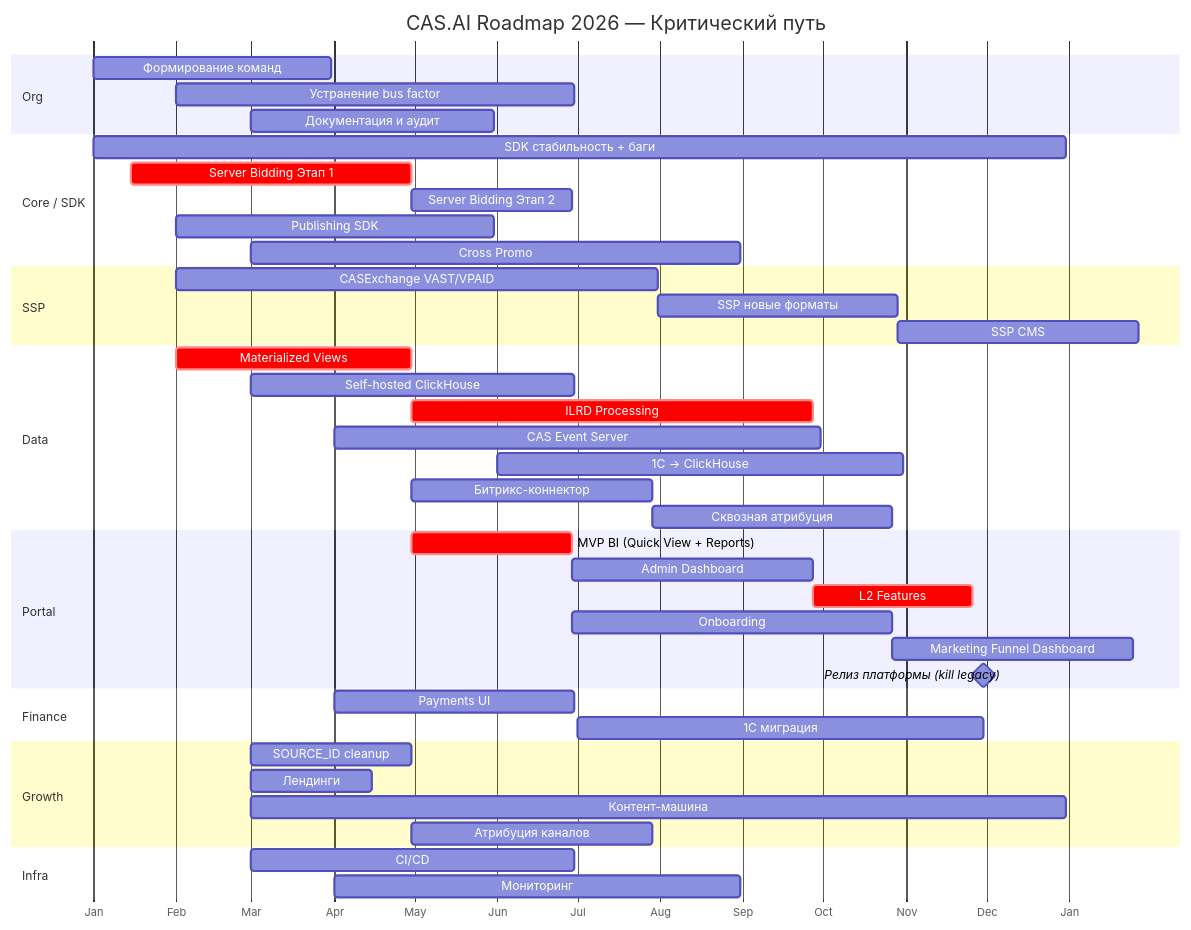
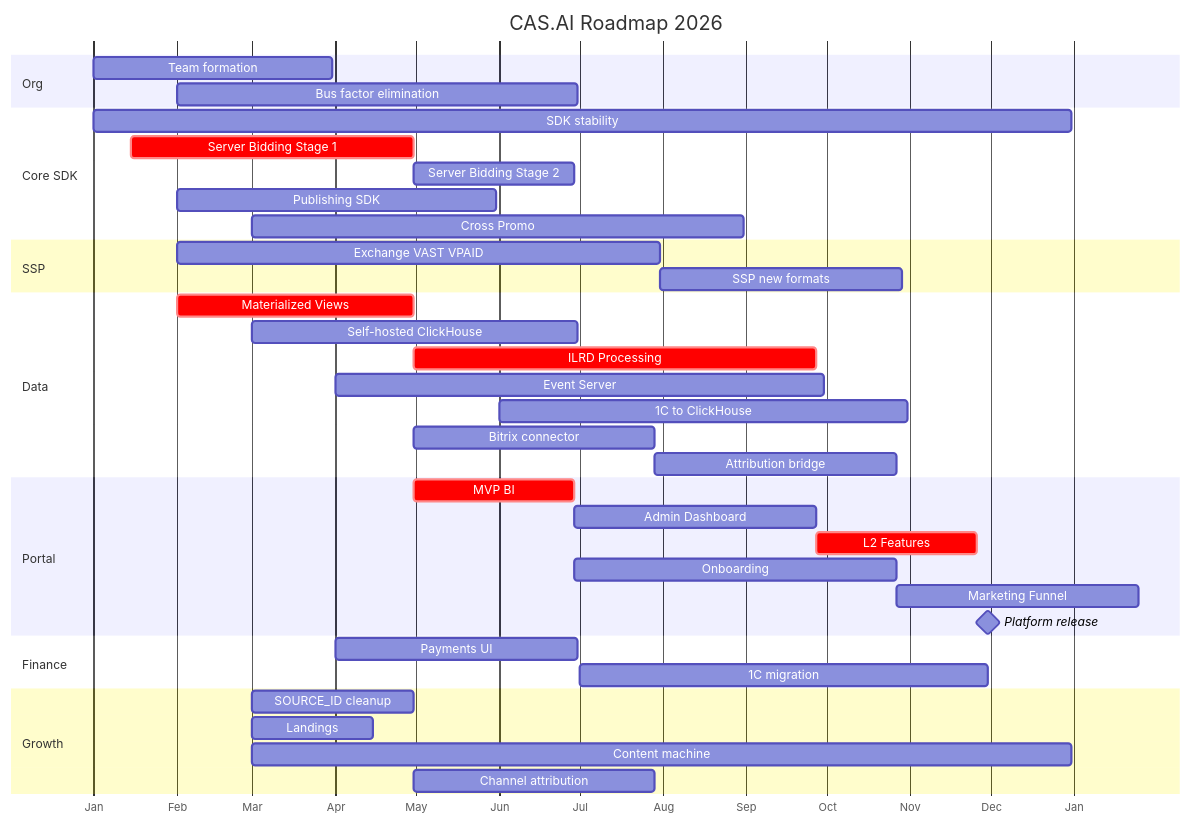
Before and after one commit to alexshevnin-cas/cas-docs: the sixth of 7 diagrams in 03-product/component-map.md, drawn with Mermaid. The commit also changed other lines of this file and 2 other files, not shown here.

First line of the commit message:
fix: mermaid rendering in docsify — remove emojis, use plugin hook

````diff
--- a/03-product/component-map.md
+++ b/03-product/component-map.md
@@ -422,54 +380,48 @@
 ```mermaid
 gantt
-    title CAS.AI Roadmap 2026 — Критический путь
+    title CAS.AI Roadmap 2026
     dateFormat YYYY-MM-DD
     axisFormat %b
 
     section Org
-    Формирование команд          :org1, 2026-01-01, 2026-03-31
-    Устранение bus factor         :org2, 2026-02-01, 2026-06-30
-    Документация и аудит          :org3, 2026-03-01, 2026-05-31
+    Team formation              :org1, 2026-01-01, 2026-03-31
+    Bus factor elimination      :org2, 2026-02-01, 2026-06-30
 
-    section Core / SDK
-    SDK стабильность + баги       :c1, 2026-01-01, 2026-12-31
-    Server Bidding Этап 1         :crit, sb1, 2026-01-15, 2026-04-30
-    Server Bidding Этап 2         :sb2, after sb1, 60d
-    Publishing SDK                :c18, 2026-02-01, 2026-05-31
-    Cross Promo                   :c19, 2026-03-01, 2026-08-31
+    section Core SDK
+    SDK stability               :c1, 2026-01-01, 2026-12-31
+    Server Bidding Stage 1      :crit, sb1, 2026-01-15, 2026-04-30
+    Server Bidding Stage 2      :sb2, after sb1, 60d
+    Publishing SDK              :c18, 2026-02-01, 2026-05-31
+    Cross Promo                 :c19, 2026-03-01, 2026-08-31
 
     section SSP
-    CASExchange VAST/VPAID        :ssp1, 2026-02-01, 2026-07-31
-    SSP новые форматы             :ssp2, after ssp1, 90d
-    SSP CMS                       :ssp3, after ssp2, 90d
+    Exchange VAST VPAID         :ssp1, 2026-02-01, 2026-07-31
+    SSP new formats             :ssp2, after ssp1, 90d
 
     section Data
-    Materialized Views            :crit, d1, 2026-02-01, 2026-04-30
-    Self-hosted ClickHouse        :d2, 2026-03-01, 2026-06-30
-    ILRD Processing               :crit, d3, after d1, 150d
-    CAS Event Server              :d7, 2026-04-01, 2026-09-30
-    1С → ClickHouse               :d9, 2026-06-01, 2026-10-31
-    Битрикс-коннектор             :d10, after d1, 90d
-    Сквозная атрибуция            :d12, after d10, 90d
+    Materialized Views          :crit, d1, 2026-02-01, 2026-04-30
+    Self-hosted ClickHouse      :d2, 2026-03-01, 2026-06-30
+    ILRD Processing             :crit, d3, after d1, 150d
+    Event Server                :d7, 2026-04-01, 2026-09-30
+    1C to ClickHouse            :d9, 2026-06-01, 2026-10-31
+    Bitrix connector            :d10, after d1, 90d
+    Attribution bridge          :d12, after d10, 90d
 
     section Portal
-    MVP BI (Quick View + Reports) :crit, p1, after d1, 60d
-    Admin Dashboard               :p6, after p1, 90d
-    L2 Features                   :crit, p2, after d3, 60d
-    Onboarding                    :p3, after p1, 120d
-    Marketing Funnel Dashboard    :p13, after d12, 90d
-    Релиз платформы (kill legacy) :milestone, p7, 2026-11-30, 0d
+    MVP BI                      :crit, p1, after d1, 60d
+    Admin Dashboard             :p6, after p1, 90d
+    L2 Features                 :crit, p2, after d3, 60d
+    Onboarding                  :p3, after p1, 120d
+    Marketing Funnel            :p13, after d12, 90d
+    Platform release            :milestone, p7, 2026-11-30, 0d
 
     section Finance
-    Payments UI                   :f1, 2026-04-01, 2026-06-30
-    1С миграция                   :f4, 2026-07-01, 2026-11-30
+    Payments UI                 :f1, 2026-04-01, 2026-06-30
+    1C migration                :f4, 2026-07-01, 2026-11-30
 
     section Growth
-    SOURCE_ID cleanup             :g12, 2026-03-01, 2026-04-30
-    Лендинги                      :g1, 2026-03-01, 2026-04-15
-    Контент-машина                :g3, 2026-03-01, 2026-12-31
-    Атрибуция каналов             :g13, after g12, 90d
-
-    section Infra
-    CI/CD                         :inf3, 2026-03-01, 2026-06-30
-    Мониторинг                    :inf5, 2026-04-01, 2026-08-31
+    SOURCE_ID cleanup           :g12, 2026-03-01, 2026-04-30
+    Landings                    :g1, 2026-03-01, 2026-04-15
+    Content machine             :g3, 2026-03-01, 2026-12-31
+    Channel attribution         :g13, after g12, 90d
 ```
````
